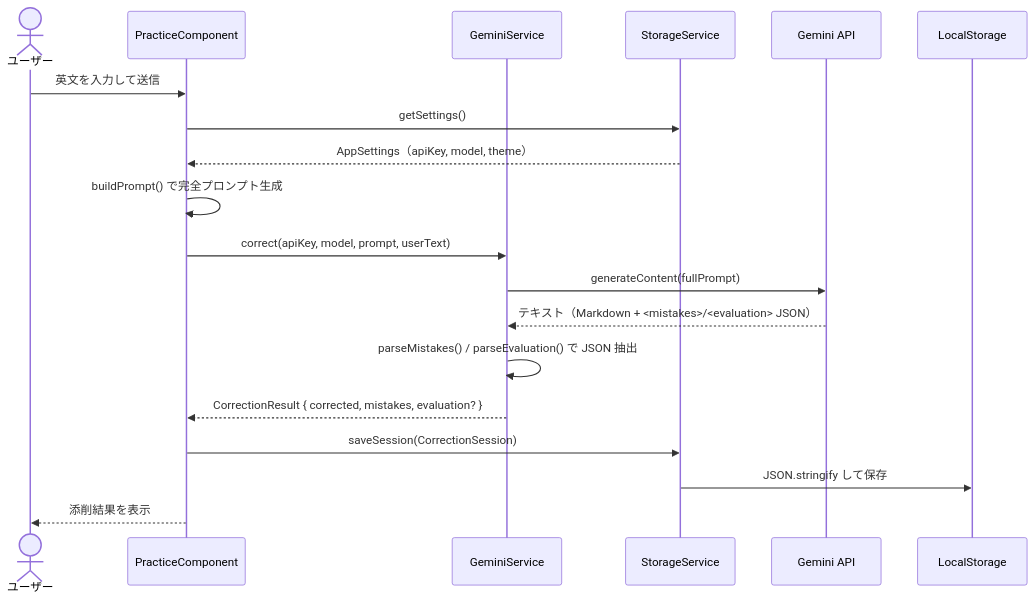
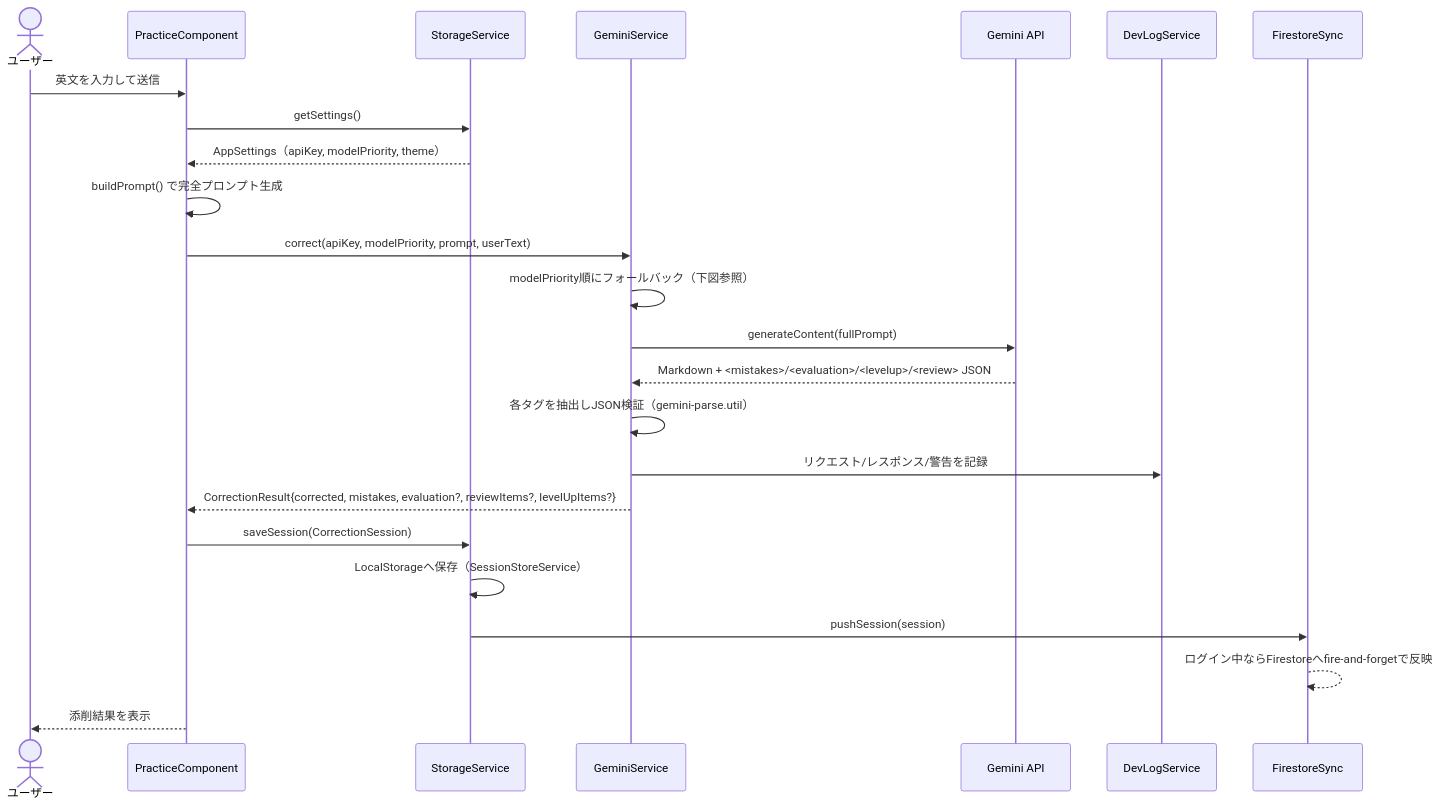
The third of 10 diagrams in ARCHITECTURE.md (rmatsuo-jp/eibun-lab), drawn with Mermaid before and after one commit. The commit also changed other lines of this file, not shown here.

First line of the commit message:
docs: ARCHITECTURE.mdを現状の構成に合わせて全面更新

````diff
--- a/ARCHITECTURE.md
+++ b/ARCHITECTURE.md
@@ -54,22 +87,27 @@
 ```mermaid
 sequenceDiagram
     actor User as ユーザー
     participant P as PracticeComponent
+    participant S as StorageService
     participant G as GeminiService
-    participant S as StorageService
     participant API as Gemini API
-    participant LS as LocalStorage
+    participant DL as DevLogService
+    participant FS as FirestoreSync
 
     User->>P: 英文を入力して送信
     P->>S: getSettings()
-    S-->>P: AppSettings（apiKey, model, theme）
+    S-->>P: AppSettings（apiKey, modelPriority, theme）
     P->>P: buildPrompt() で完全プロンプト生成
-    P->>G: correct(apiKey, model, prompt, userText)
+    P->>G: correct(apiKey, modelPriority, prompt, userText)
+    G->>G: modelPriority順にフォールバック（下図参照）
     G->>API: generateContent(fullPrompt)
-    API-->>G: テキスト（Markdown + <mistakes>/<evaluation> JSON）
-    G->>G: parseMistakes() / parseEvaluation() で JSON 抽出
-    G-->>P: CorrectionResult { corrected, mistakes, evaluation? }
+    API-->>G: Markdown + <mistakes>/<evaluation>/<levelup>/<review> JSON
+    G->>G: 各タグを抽出しJSON検証（gemini-parse.util）
+    G->>DL: リクエスト/レスポンス/警告を記録
+    G-->>P: CorrectionResult{corrected, mistakes, evaluation?, reviewItems?, levelUpItems?}
     P->>S: saveSession(CorrectionSession)
-    S->>LS: JSON.stringify して保存
+    S->>S: LocalStorageへ保存（SessionStoreService）
+    S->>FS: pushSession(session)
+    FS-->>FS: ログイン中ならFirestoreへfire-and-forgetで反映
     P-->>User: 添削結果を表示
 ```
````
